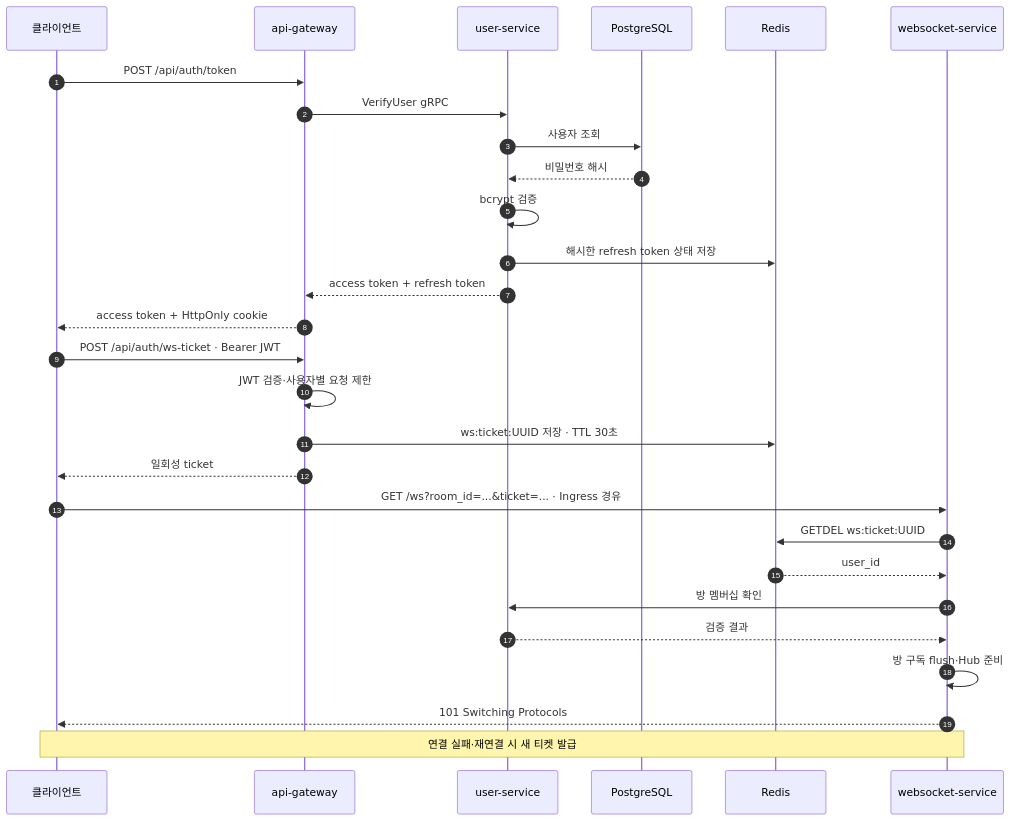
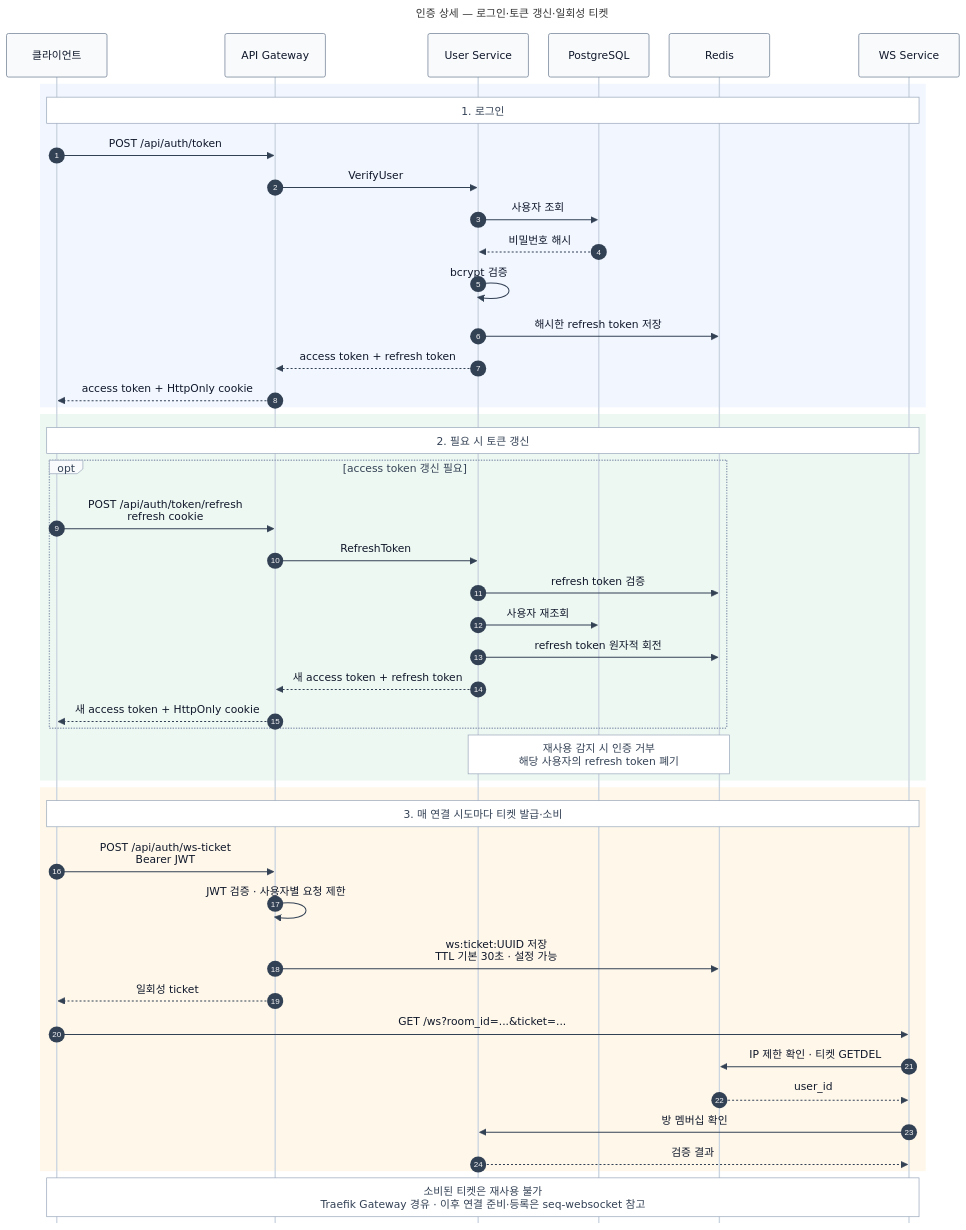
Before and after one commit to happyhun/go-chat-msa: the diagram in docs/diagrams/seq-auth-ticket.mmd, drawn with Mermaid. The commit also changed 5 other files, not shown here.

Commit message:
docs: 다이어그램 최신화

```diff
--- a/docs/diagrams/seq-auth-ticket.mmd
+++ b/docs/diagrams/seq-auth-ticket.mmd
@@ -1,30 +1,71 @@
+---
+title: 인증 상세 — 로그인·토큰 갱신·일회성 티켓
+config:
+  theme: base
+  themeVariables:
+    actorBkg: '#f8fafc'
+    actorBorder: '#64748b'
+    actorTextColor: '#0f172a'
+    actorLineColor: '#cbd5e1'
+    signalColor: '#334155'
+    signalTextColor: '#0f172a'
+    noteBkgColor: '#ffffff'
+    noteBorderColor: '#94a3b8'
+    noteTextColor: '#334155'
+    labelBoxBkgColor: '#f8fafc'
+    labelBoxBorderColor: '#94a3b8'
+    labelTextColor: '#334155'
+    loopTextColor: '#334155'
+  sequence:
+    mirrorActors: false
+    actorMargin: 30
+    messageMargin: 25
+---
 sequenceDiagram
     autonumber
     participant C as 클라이언트
-    participant API as api-gateway
-    participant U as user-service
+    participant API as API Gateway
+    participant U as User Service
     participant PG as PostgreSQL
     participant R as Redis
-    participant WS as websocket-service
+    participant WS as WS Service
 
-    C->>API: POST /api/auth/token
-    API->>U: VerifyUser gRPC
-    U->>PG: 사용자 조회
-    PG-->>U: 비밀번호 해시
-    U->>U: bcrypt 검증
-    U->>R: 해시한 refresh token 상태 저장
-    U-->>API: access token + refresh token
-    API-->>C: access token + HttpOnly cookie
+    rect rgb(241, 246, 255)
+        Note over C,WS: 1. 로그인
+        C->>API: POST /api/auth/token
+        API->>U: VerifyUser
+        U->>PG: 사용자 조회
+        PG-->>U: 비밀번호 해시
+        U->>U: bcrypt 검증
+        U->>R: 해시한 refresh token 저장
+        U-->>API: access token + refresh token
+        API-->>C: access token + HttpOnly cookie
+    end
 
-    C->>API: POST /api/auth/ws-ticket · Bearer JWT
-    API->>API: JWT 검증·사용자별 요청 제한
-    API->>R: ws:ticket:UUID 저장 · TTL 30초
-    API-->>C: 일회성 ticket
-    C->>WS: GET /ws?room_id=...&ticket=... · Ingress 경유
-    WS->>R: GETDEL ws:ticket:UUID
-    R-->>WS: user_id
-    WS->>U: 방 멤버십 확인
-    U-->>WS: 검증 결과
-    WS->>WS: 방 구독 flush·Hub 준비
-    WS-->>C: 101 Switching Protocols
-    Note over C,WS: 연결 실패·재연결 시 새 티켓 발급
+    rect rgb(238, 248, 242)
+        Note over C,WS: 2. 필요 시 토큰 갱신
+        opt access token 갱신 필요
+            C->>API: POST /api/auth/token/refresh<br/>refresh cookie
+            API->>U: RefreshToken
+            U->>R: refresh token 검증
+            U->>PG: 사용자 재조회
+            U->>R: refresh token 원자적 회전
+            U-->>API: 새 access token + refresh token
+            API-->>C: 새 access token + HttpOnly cookie
+        end
+        Note over U,R: 재사용 감지 시 인증 거부<br/>해당 사용자의 refresh token 폐기
+    end
+
+    rect rgb(255, 248, 234)
+        Note over C,WS: 3. 매 연결 시도마다 티켓 발급·소비
+        C->>API: POST /api/auth/ws-ticket<br/>Bearer JWT
+        API->>API: JWT 검증 · 사용자별 요청 제한
+        API->>R: ws:ticket:UUID 저장<br/>TTL 기본 30초 · 설정 가능
+        API-->>C: 일회성 ticket
+        C->>WS: GET /ws?room_id=...&ticket=...
+        WS->>R: IP 제한 확인 · 티켓 GETDEL
+        R-->>WS: user_id
+        WS->>U: 방 멤버십 확인
+        U-->>WS: 검증 결과
+    end
+    Note over C,WS: 소비된 티켓은 재사용 불가<br/>Traefik Gateway 경유 · 이후 연결 준비·등록은 seq-websocket 참고
```
